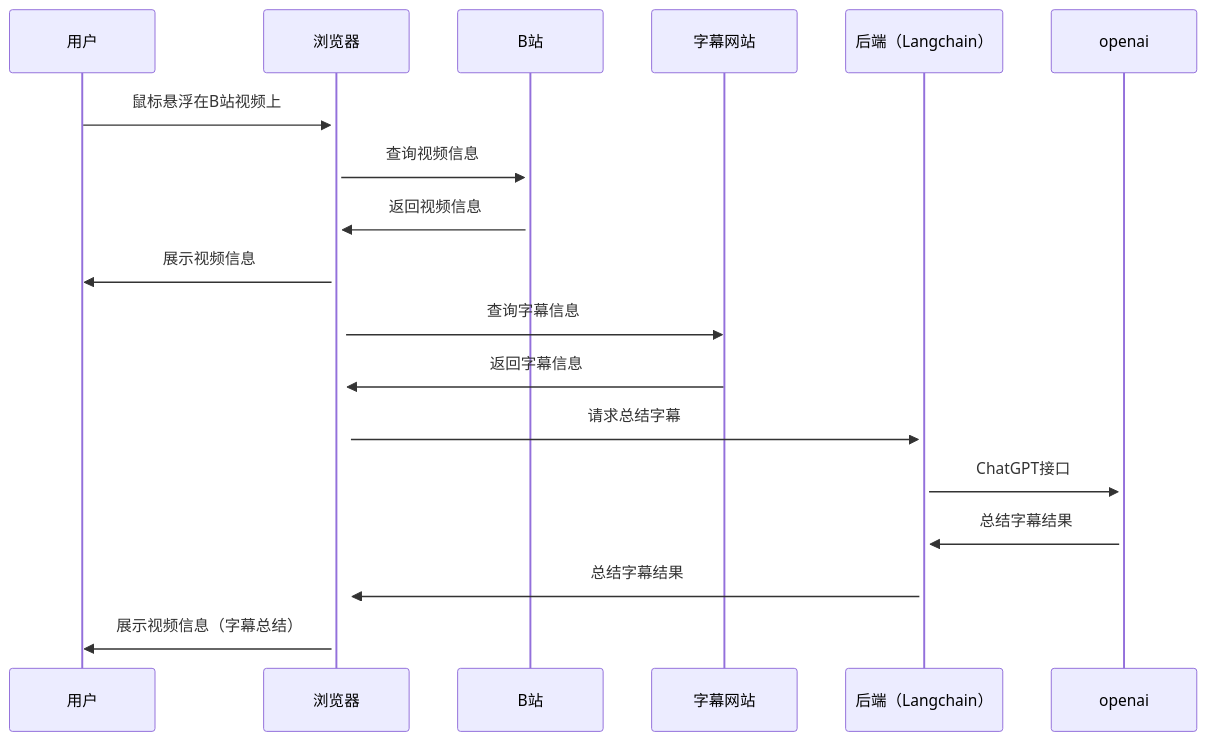
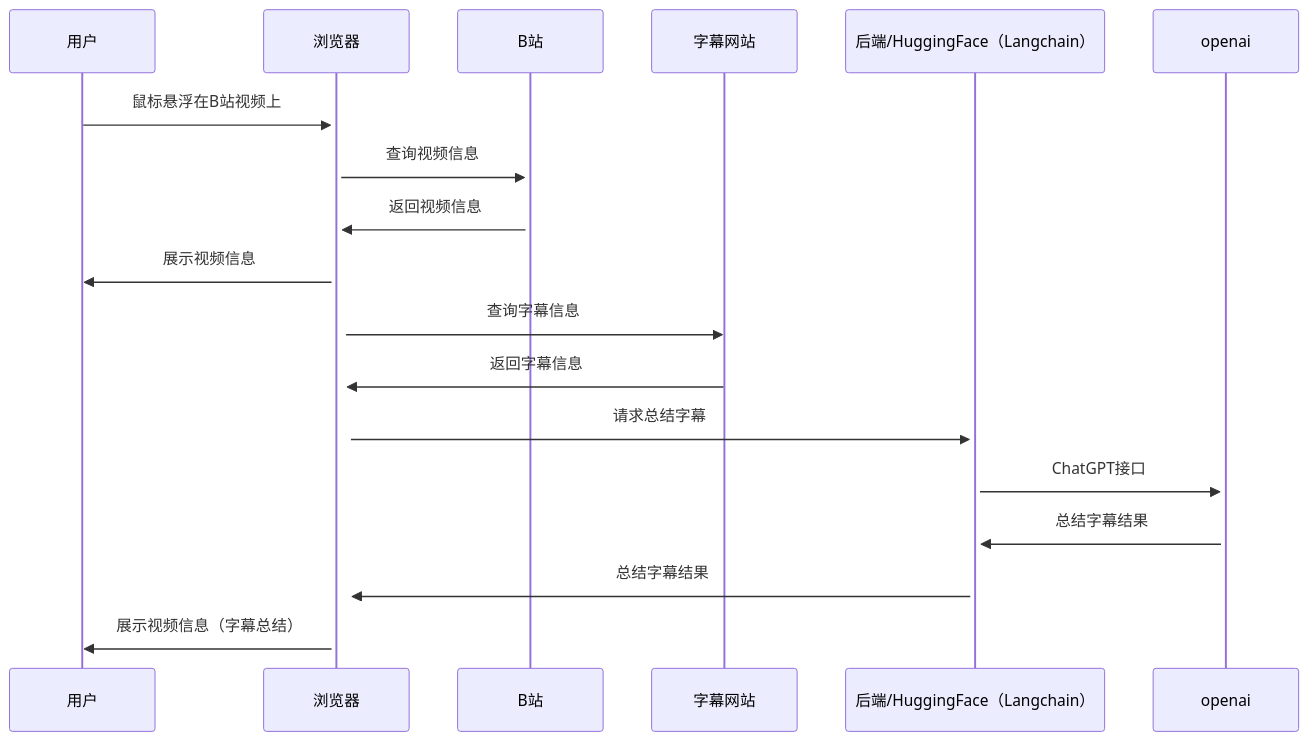
The diagram in README.md (2951121599/Bili-Insight), drawn with Mermaid before and after one commit. The commit also changed other lines of this file and 1 other file, not shown here.

Commit message:
add huggingface image

````diff
--- a/README.md
+++ b/README.md
@@ -32,18 +32,18 @@
 ```mermaid
 sequenceDiagram
     participant 用户
     participant 浏览器
     participant B站
 
     用户->>+浏览器: 鼠标悬浮在B站视频上
     浏览器->>+B站: 查询视频信息
     B站->>+浏览器: 返回视频信息
     浏览器->>用户: 展示视频信息
     浏览器->>字幕网站: 查询字幕信息
     字幕网站->>+浏览器: 返回字幕信息
-    浏览器->>+后端（Langchain）: 请求总结字幕
-    后端（Langchain）->>+openai: ChatGPT接口
-    openai->>+后端（Langchain）: 总结字幕结果
-    后端（Langchain）->>+浏览器: 总结字幕结果
+    浏览器->>+后端/HuggingFace（Langchain）: 请求总结字幕
+    后端/HuggingFace（Langchain）->>+openai: ChatGPT接口
+    openai->>+后端/HuggingFace（Langchain）: 总结字幕结果
+    后端/HuggingFace（Langchain）->>+浏览器: 总结字幕结果
     浏览器->>用户: 展示视频信息（字幕总结）
 ```
````
